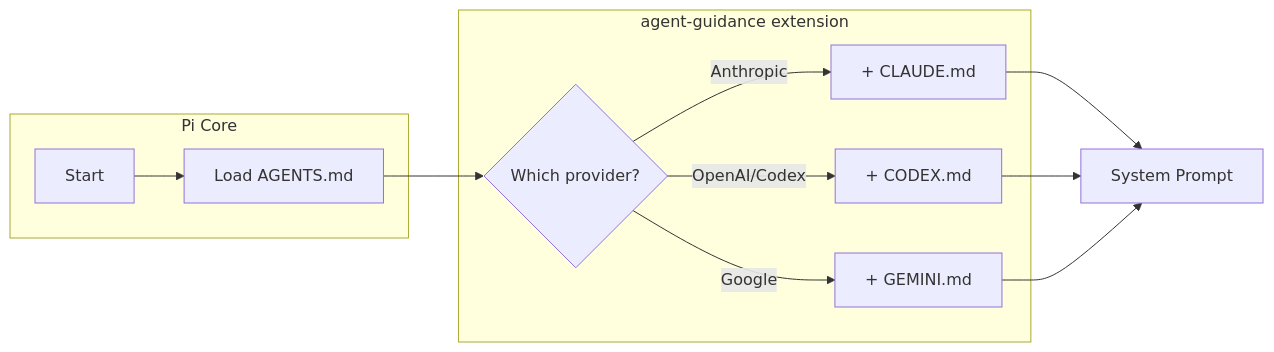
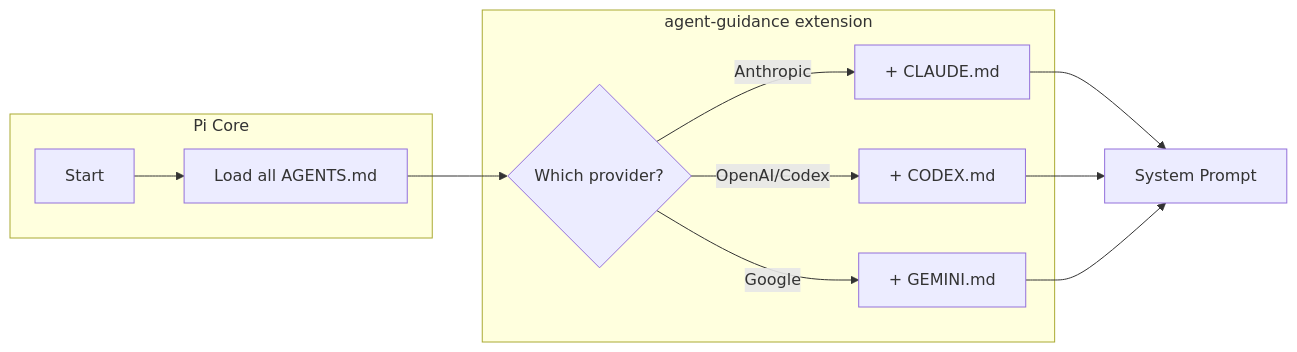
Before and after one commit to tmustier/pi-extensions: the first of 2 diagrams in agent-guidance/README.md, drawn with Mermaid. The commit also changed other lines of this file, not shown here.

Commit message:
Add two diagram options for comparison

````diff
--- a/agent-guidance/README.md
+++ b/agent-guidance/README.md
@@ -7,17 +8,17 @@
 ```mermaid
 flowchart LR
     subgraph Core ["Pi Core"]
-        A[Start] --> B[Load AGENTS.md]
+        A[Start] --> B[Load all AGENTS.md]
     end
     
     subgraph Ext ["agent-guidance extension"]
         B --> C{Which provider?}
         C -->|Anthropic| D[+ CLAUDE.md]
         C -->|OpenAI/Codex| E[+ CODEX.md]
         C -->|Google| F[+ GEMINI.md]
     end
     
     D --> G[System Prompt]
     E --> G
     F --> G
 ```
````
